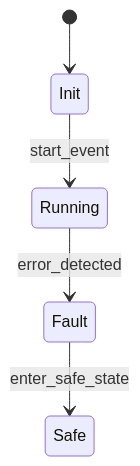
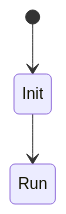
One commit to gsaurabhr-teaching/cs-g523-project-template changed the diagram in docs/sections/uml-statecharts.md. Above: the diagram before and after it, drawn with Mermaid. The commit also changed other lines of this file and 11 other files, not shown here.

````diff
--- a/docs/sections/uml-statecharts.md
+++ b/docs/sections/uml-statecharts.md
@@ -1,7 +3,5 @@
 ```mermaid
-    stateDiagram-v2
-        [*] --> Init
-        Init --> Running : start_event
-        Running --> Fault : error_detected
-        Fault --> Safe : enter_safe_state
+stateDiagram-v2
+[*] --> Init
+Init --> Run
 ```
````
